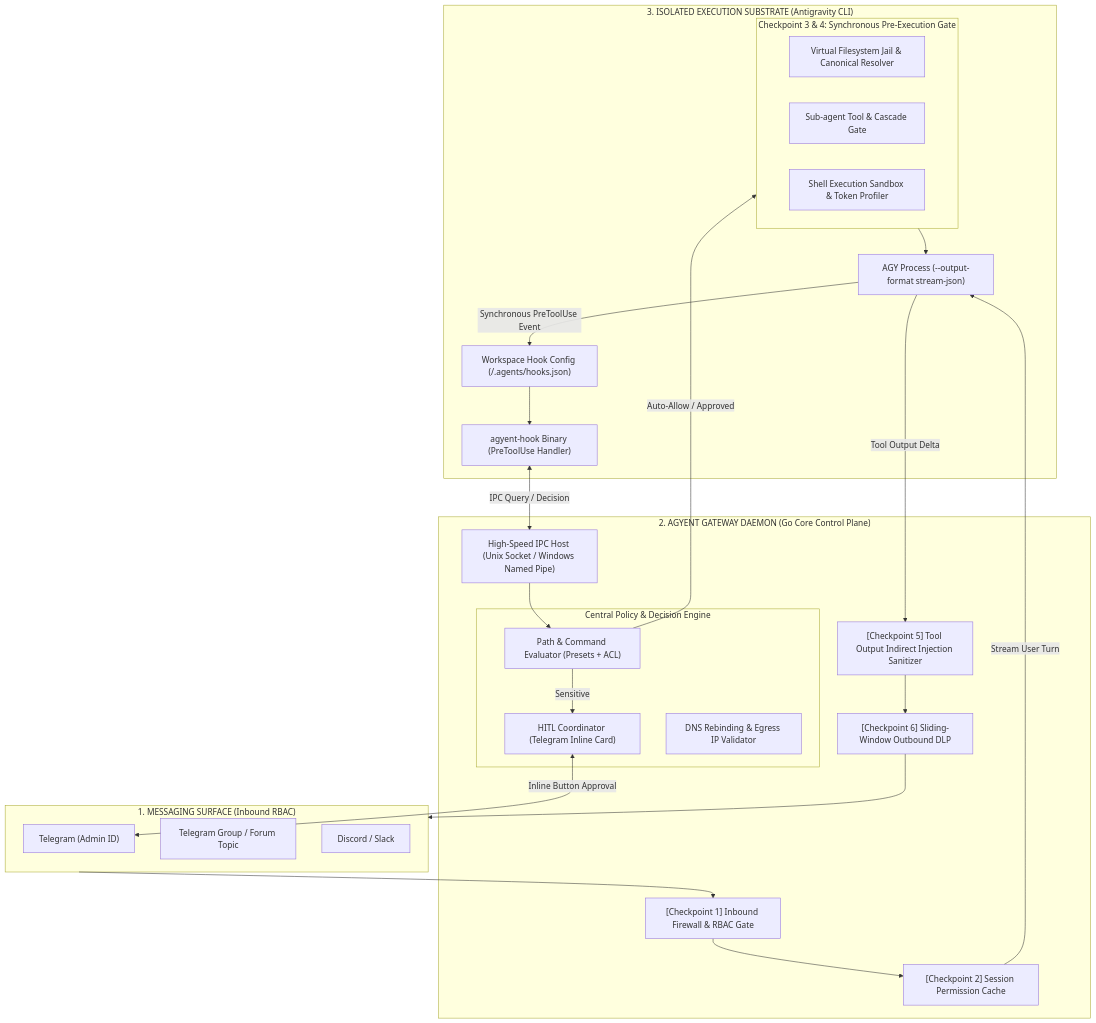
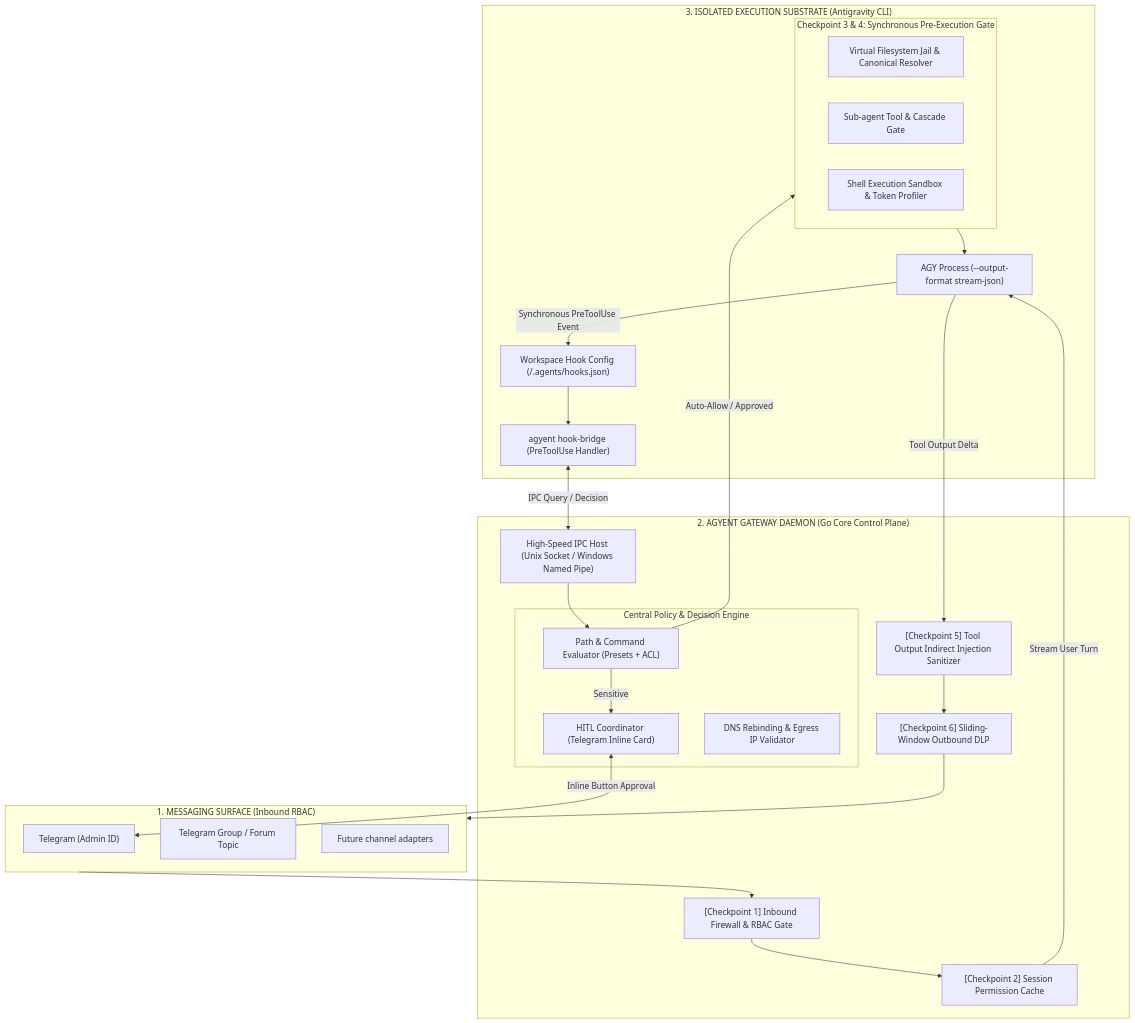
The first of 2 diagrams in docs/security-and-guardrails-architecture.md (khanhbkqt/agyent), drawn with Mermaid before and after one commit. The commit also changed other lines of this file and 75 other files, not shown here.

Commit message:
docs: standardize architecture and agent workflows

````diff
--- a/docs/security-and-guardrails-architecture.md
+++ b/docs/security-and-guardrails-architecture.md
@@ -28,47 +32,47 @@
 ```mermaid
 flowchart TB
     subgraph Channels ["1. MESSAGING SURFACE (Inbound RBAC)"]
         TG_Admin["Telegram (Admin ID)"]
         TG_Group["Telegram Group / Forum Topic"]
-        Discord["Discord / Slack"]
+        FutureChannels["Future channel adapters"]
     end
 
     subgraph GatewayCore ["2. AGYENT GATEWAY DAEMON (Go Core Control Plane)"]
         InboundGate["[Checkpoint 1] Inbound Firewall & RBAC Gate"]
         SessionCtx["[Checkpoint 2] Session Permission Cache"]
         IPCHost["High-Speed IPC Host (Unix Socket / Windows Named Pipe)"]
         
         subgraph PolicyEngine ["Central Policy & Decision Engine"]
             RuleMatcher["Path & Command Evaluator (Presets + ACL)"]
             HITLCoord["HITL Coordinator (Telegram Inline Card)"]
             SSRFResolver["DNS Rebinding & Egress IP Validator"]
         end
 
         ToolOutputFilter["[Checkpoint 5] Tool Output Indirect Injection Sanitizer"]
         SlidingDLP["[Checkpoint 6] Sliding-Window Outbound DLP"]
     end
 
     subgraph AGYSubstrate ["3. ISOLATED EXECUTION SUBSTRATE (Antigravity CLI)"]
         AGY_CLI["AGY Process (--output-format stream-json)"]
         WorkspaceHookConfig["Workspace Hook Config (<workspaceDir>/.agents/hooks.json)"]
-        HookBridge["agyent-hook Binary (PreToolUse Handler)"]
+        HookBridge["agyent hook-bridge (PreToolUse Handler)"]
         
         subgraph ToolExecutionGate ["Checkpoint 3 & 4: Synchronous Pre-Execution Gate"]
             PathJail["Virtual Filesystem Jail & Canonical Resolver"]
             SubagentGate["Sub-agent Tool & Cascade Gate"]
             ShellGate["Shell Execution Sandbox & Token Profiler"]
         end
     end
 
     Channels --> InboundGate --> SessionCtx
     SessionCtx -->|Stream User Turn| AGY_CLI
     
     AGY_CLI -->|Synchronous PreToolUse Event| WorkspaceHookConfig --> HookBridge
     HookBridge <-->|IPC Query / Decision| IPCHost
     IPCHost --> RuleMatcher
     RuleMatcher -->|Sensitive| HITLCoord <-->|Inline Button Approval| TG_Admin
     RuleMatcher -->|Auto-Allow / Approved| ToolExecutionGate
     ToolExecutionGate --> AGY_CLI
     
     AGY_CLI -->|Tool Output Delta| ToolOutputFilter --> SlidingDLP --> Channels
 ```
````
